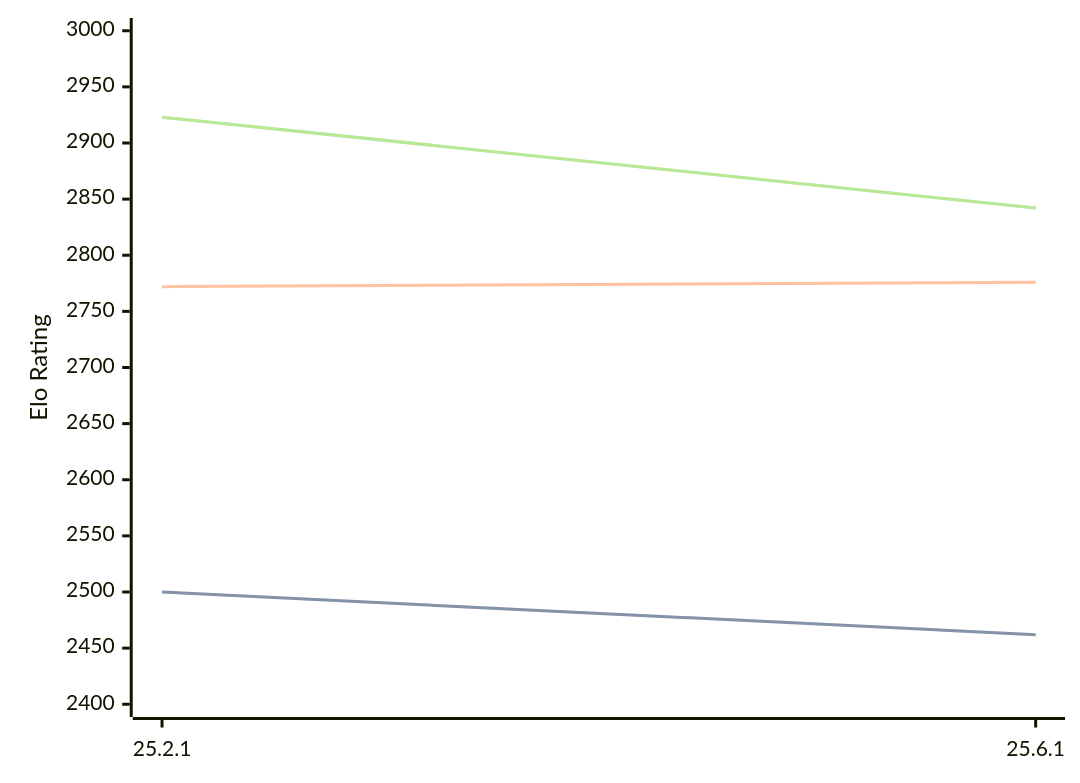
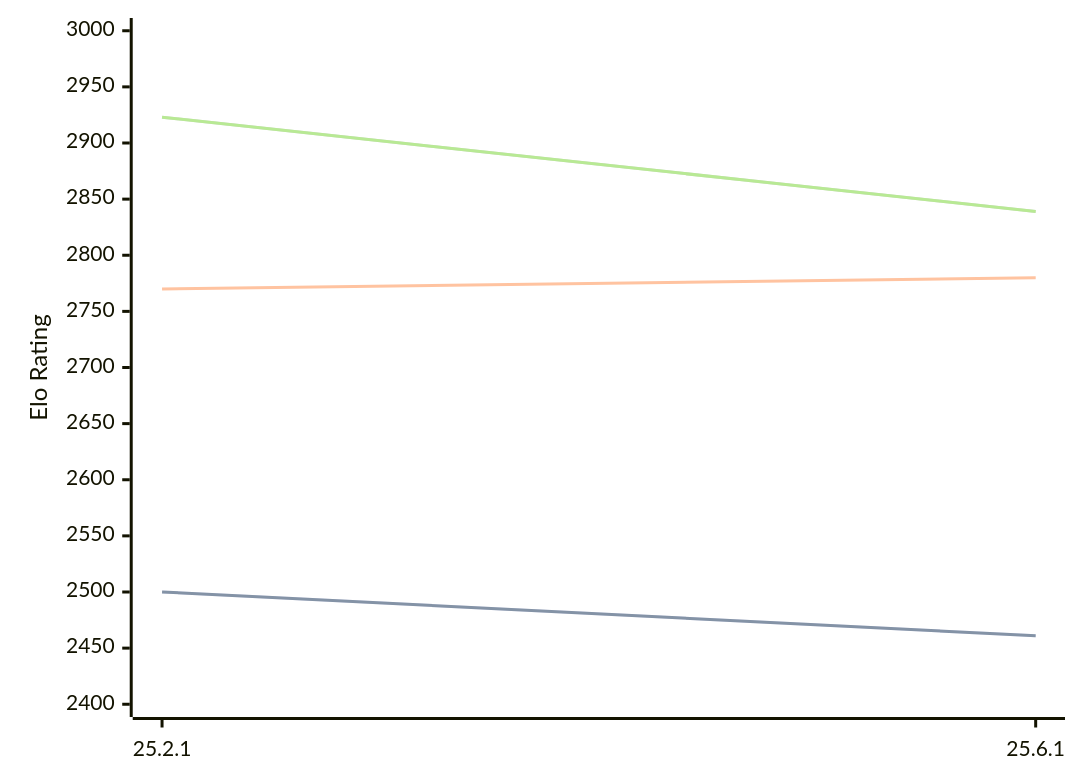
Before and after one commit to computer-chess-index/cci: the diagram in engines/Crafty.md, drawn with Mermaid. The commit also changed other lines of this file, not shown here.

Commit message:
Update CCI Ratings (ELO VLTC) - 2026-08-02

````diff
--- a/engines/Crafty.md
+++ b/engines/Crafty.md
@@ -32,11 +32,11 @@
 ```mermaid
 %%{init: {"theme":"base","themeVariables":{"seriesColors:['#a3a3a3','#222221','#faa371']}}}%%
 xychart-beta
   x-axis ["25.2.1", "25.6.1"]
   y-axis "Elo Rating" 2400 --> 3000
-  line "STC (8.0+0.08s)" [2500, 2462]
-  line "STC (8.0+0.08s)" [2500, 2462]
-  line "LTC (60.0+0.60s)" [2772, 2776]
-  line "VLTC (2m24s+1.12s)" [2923, 2842]
-  line "VLTC (2m24s+1.12s)" [2923, 2842]
+  line "STC (8.0+0.08s)" [2500, 2461]
+  line "STC (8.0+0.08s)" [2500, 2461]
+  line "LTC (60.0+0.60s)" [2770, 2780]
+  line "VLTC (2m24s+1.12s)" [2923, 2839]
+  line "VLTC (2m24s+1.12s)" [2923, 2839]
 ```
````
